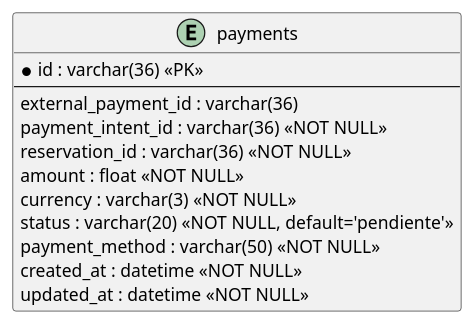
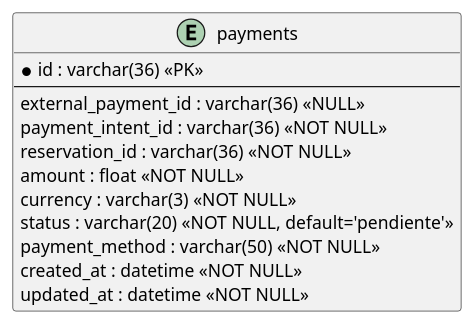
Before and after one commit to helverinio/MISW4501-202611-ProyectoFinal-Grupo13: the third of 5 diagrams in docs/architecture/bd-microservicios-plantuml.md, drawn with PlantUML. The commit also changed other lines of this file and 35 other files, not shown here.

````diff
--- a/docs/architecture/bd-microservicios-plantuml.md
+++ b/docs/architecture/bd-microservicios-plantuml.md
@@ -162,22 +182,22 @@
 ```plantuml
 @startuml
 hide methods
 hide stereotypes
 skinparam linetype ortho
 skinparam shadowing false
 
-entity "payments" as payments {
+entity "payments" as p_payments {
   * id : varchar(36) <<PK>>
   --
-  external_payment_id : varchar(36)
+  external_payment_id : varchar(36) <<NULL>>
   payment_intent_id : varchar(36) <<NOT NULL>>
   reservation_id : varchar(36) <<NOT NULL>>
   amount : float <<NOT NULL>>
   currency : varchar(3) <<NOT NULL>>
   status : varchar(20) <<NOT NULL, default='pendiente'>>
   payment_method : varchar(50) <<NOT NULL>>
   created_at : datetime <<NOT NULL>>
   updated_at : datetime <<NOT NULL>>
 }
 @enduml
 ```
````
